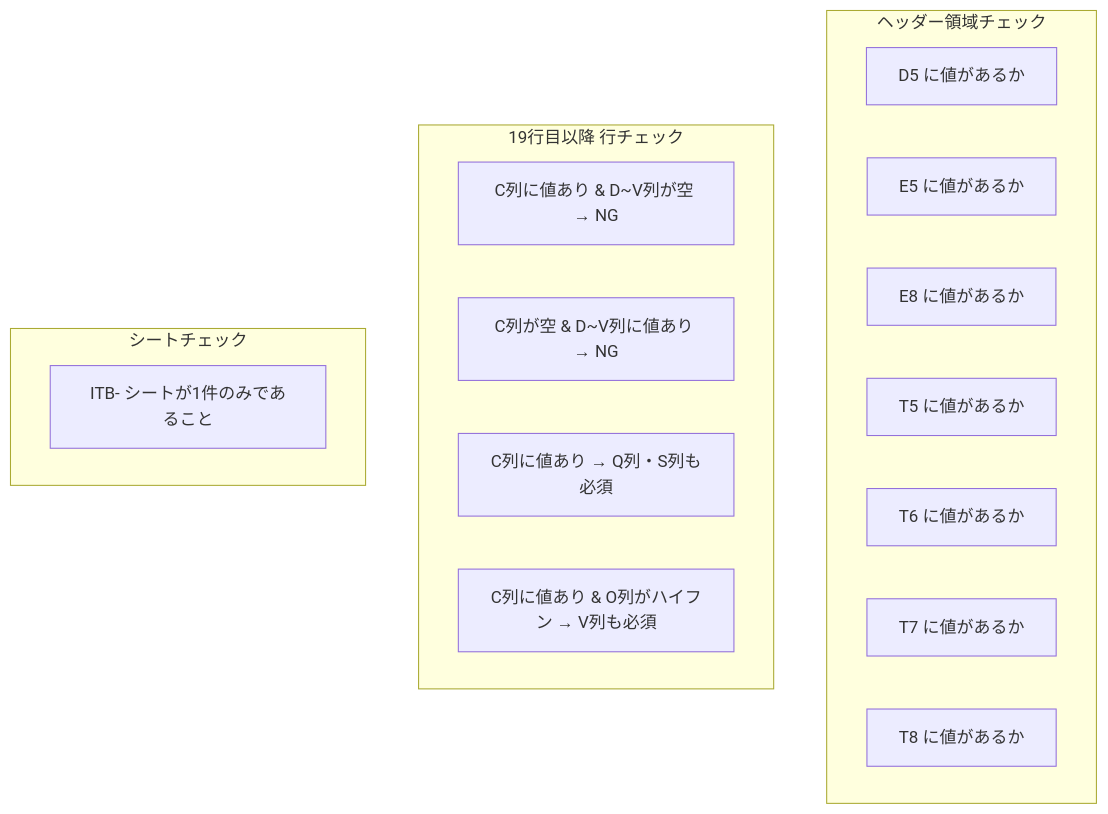
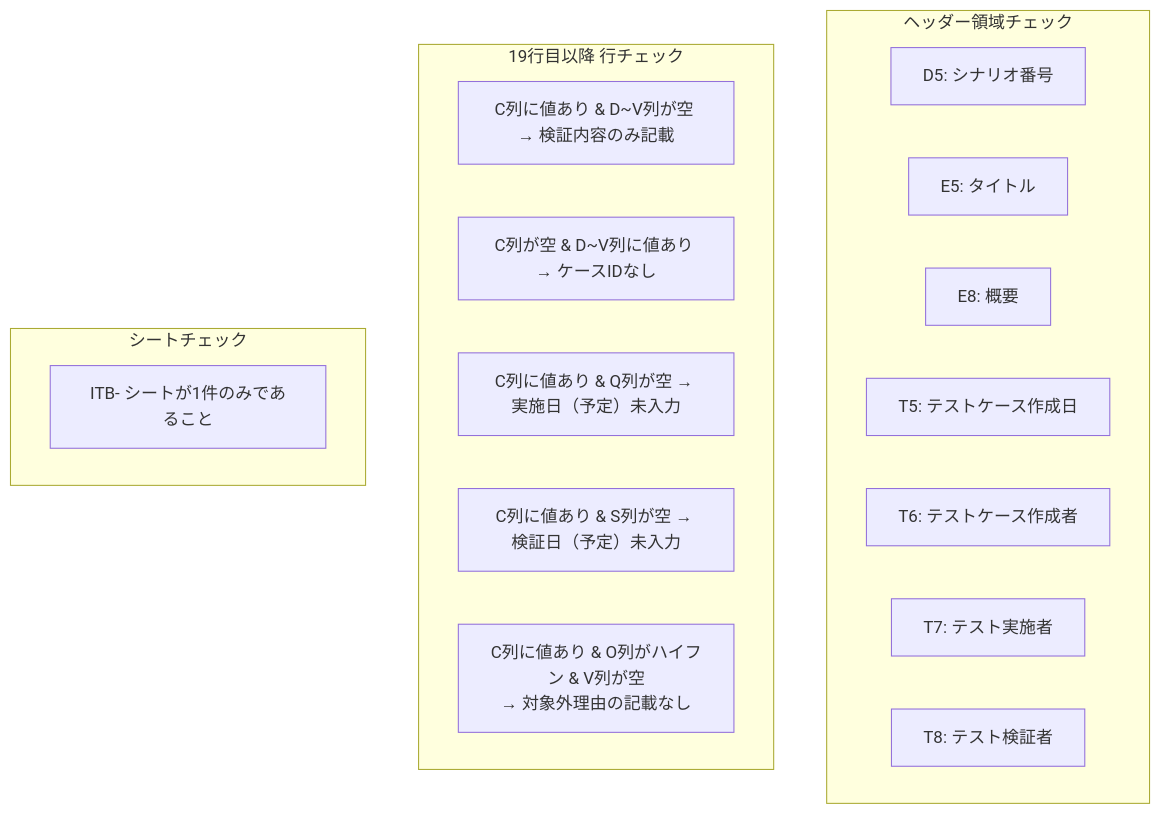
One commit to makio-dev/test-progress-checker changed the third of 5 diagrams in README.md. Above: the diagram before and after it, drawn with Mermaid. The commit also changed other lines of this file and 1 other file, not shown here.

````diff
--- a/README.md
+++ b/README.md
@@ -58,23 +58,24 @@
 ```mermaid
 flowchart TD
     subgraph header["ヘッダー領域チェック"]
-        H1["D5 に値があるか"]
-        H2["E5 に値があるか"]
-        H3["E8 に値があるか"]
-        H4["T5 に値があるか"]
-        H5["T6 に値があるか"]
-        H6["T7 に値があるか"]
-        H7["T8 に値があるか"]
+        H1["D5: シナリオ番号"]
+        H2["E5: タイトル"]
+        H3["E8: 概要"]
+        H4["T5: テストケース作成日"]
+        H5["T6: テストケース作成者"]
+        H6["T7: テスト実施者"]
+        H7["T8: テスト検証者"]
     end
 
     subgraph rows["19行目以降 行チェック"]
-        R1["C列に値あり & D~V列が空 → NG"]
-        R2["C列が空 & D~V列に値あり → NG"]
-        R3["C列に値あり → Q列・S列も必須"]
-        R4["C列に値あり & O列がハイフン → V列も必須"]
+        R1["C列に値あり & D~V列が空 → 検証内容のみ記載"]
+        R2["C列が空 & D~V列に値あり → ケースIDなし"]
+        R3["C列に値あり & Q列が空 → 実施日（予定）未入力"]
+        R4["C列に値あり & S列が空 → 検証日（予定）未入力"]
+        R5["C列に値あり & O列がハイフン & V列が空\n→ 対象外理由の記載なし"]
     end
 
     subgraph sheet["シートチェック"]
         S1["ITB- シートが1件のみであること"]
     end
 ```
````
